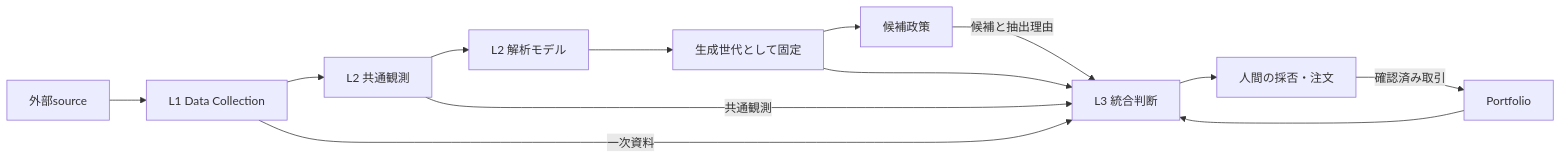
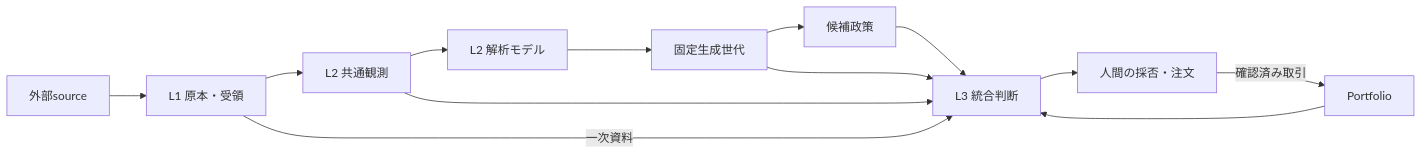
The diagram in docs/architecture.md (koumatsumoto/baibai-loop), drawn with Mermaid before and after one commit. The commit also changed other lines of this file and 1 other file, not shown here.

````diff
--- a/docs/architecture.md
+++ b/docs/architecture.md
@@ -7,15 +7,15 @@
 ```mermaid
 flowchart LR
-    X[外部source] --> C[L1 Data Collection]
+    X[外部source] --> C[L1 原本・受領]
     C --> O[L2 共通観測]
     O --> M[L2 解析モデル]
-    M --> G[生成世代として固定]
+    M --> G[固定生成世代]
     G --> S[候補政策]
     G --> J[L3 統合判断]
-    S -->|候補と抽出理由| J
+    S --> J
     C -->|一次資料| J
-    O -->|共通観測| J
+    O --> J
     P[Portfolio] --> J
     J --> H[人間の採否・注文]
     H -->|確認済み取引| P
 ```
````
